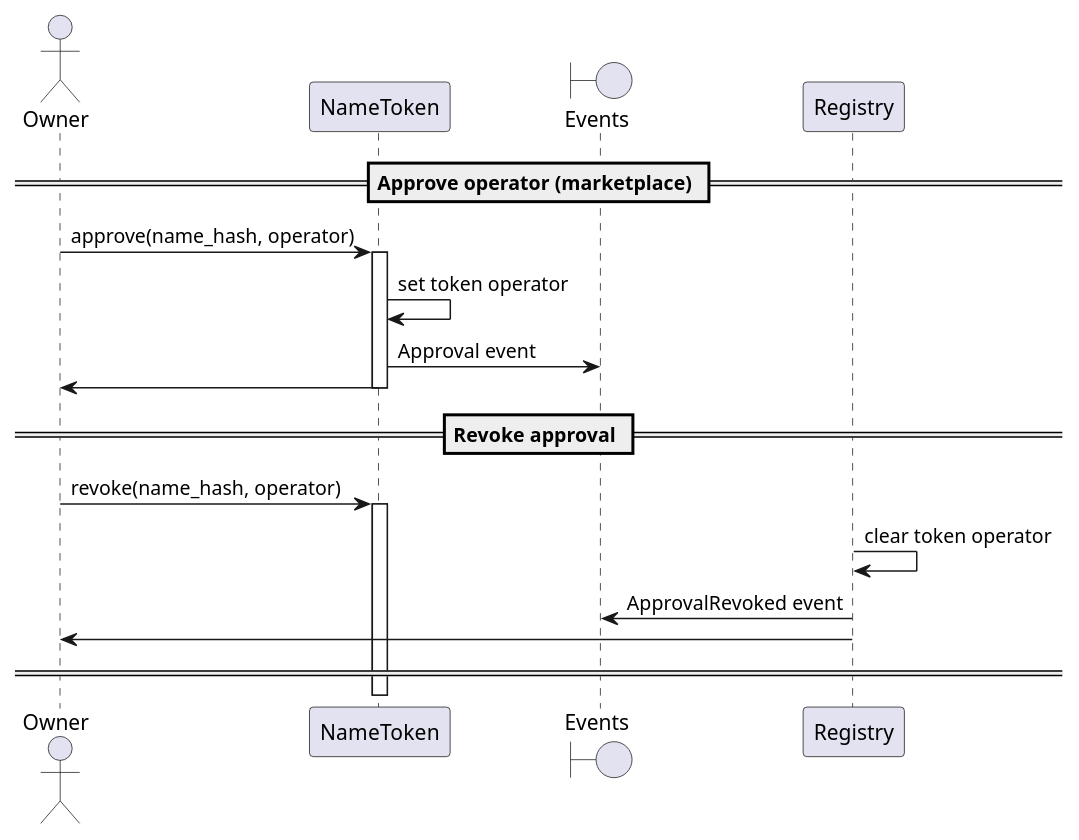
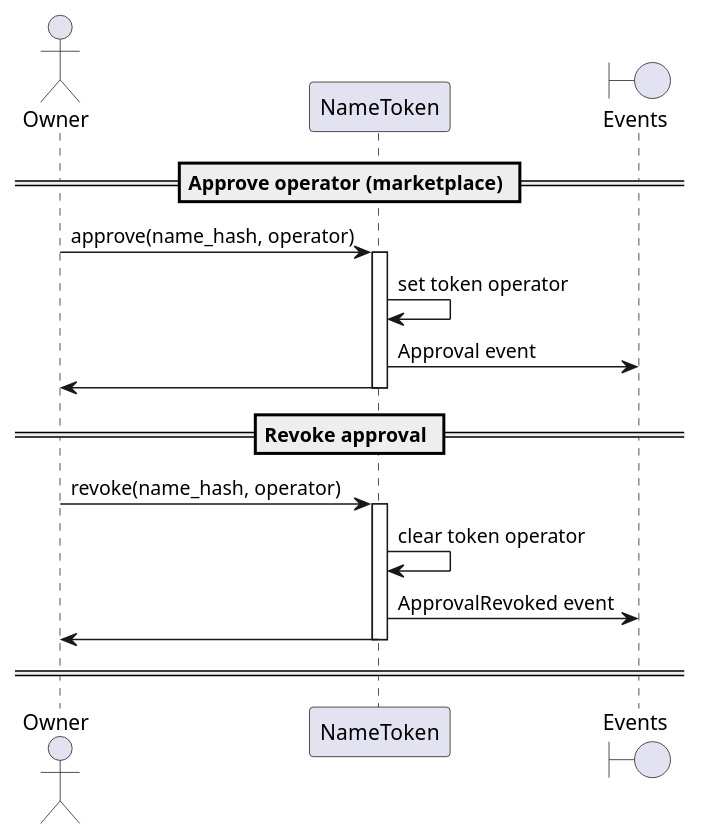
One commit to make-software/cspr-name-contracts changed the diagram in docs/sequence-diagrams/puml/approve-revoke-operator.puml. Above: the diagram before and after it, drawn with PlantUML. The commit also changed 9 other files, not shown here.

Commit message:
Renamed Registry contract with NameToken in the sequence diagrams. (part 3)

```diff
--- a/docs/sequence-diagrams/puml/approve-revoke-operator.puml
+++ b/docs/sequence-diagrams/puml/approve-revoke-operator.puml
@@ -1,29 +1,29 @@
 @startuml
 'https://plantuml.com/sequence-diagram
 
 'autonumber
 actor Owner
 participant "NameToken"
 boundary "Events"
 
 == Approve operator (marketplace) ==
 
 Owner -> NameToken: approve(name_hash, operator)
 activate NameToken
 NameToken -> NameToken: set token operator
 NameToken -> "Events": Approval event
 NameToken -> Owner
 deactivate NameToken
 
 == Revoke approval ==
 
 Owner -> NameToken: revoke(name_hash, operator)
 activate NameToken
-Registry -> Registry: clear token operator
-Registry -> "Events": ApprovalRevoked event
-Registry -> Owner
-deactivate Registry
+NameToken -> NameToken: clear token operator
+NameToken -> "Events": ApprovalRevoked event
+NameToken -> Owner
+deactivate NameToken
 
 == ==
 
 @enduml
```
